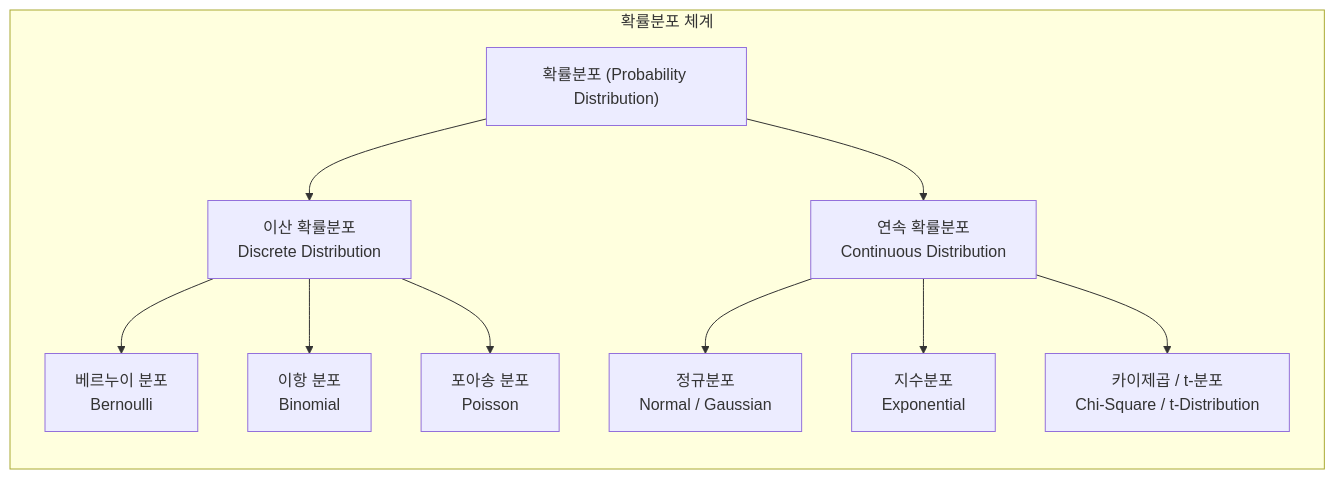
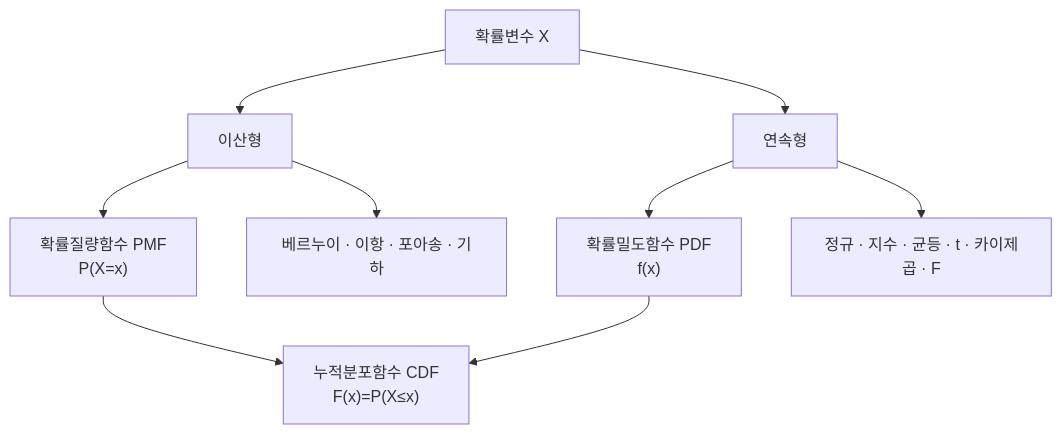
One commit to supremethumb/supremethumb.github.io changed the diagram in content/01_IT Tech/확률분포.md. Above: the diagram before and after it, drawn with Mermaid. The commit also changed other lines of this file and 1087 other files, not shown here.

````diff
--- a/content/01_IT Tech/확률분포.md
+++ b/content/01_IT Tech/확률분포.md
@@ -23,18 +38,11 @@
 ```mermaid
 flowchart TB
-    subgraph "확률분포 체계"
-        direction TB
-        A["확률분포 (Probability Distribution)"] --> B["이산 확률분포<br/>Discrete Distribution"]
-        A --> C["연속 확률분포<br/>Continuous Distribution"]
-        
-        B --> B1["베르누이 분포<br/>Bernoulli"]
-        B --> B2["이항 분포<br/>Binomial"]
-        B --> B3["포아송 분포<br/>Poisson"]
-        
-        C --> C1["정규분포<br/>Normal / Gaussian"]
-        C --> C2["지수분포<br/>Exponential"]
-        C --> C3["카이제곱 / t-분포<br/>Chi-Square / t-Distribution"]
-    end
-
-
+    RV["확률변수 X"] --> D["이산형"]
+    RV --> C["연속형"]
+    D --> PMF["확률질량함수 PMF<br/>P(X=x)"]
+    C --> PDF["확률밀도함수 PDF<br/>f(x)"]
+    PMF --> CDF["누적분포함수 CDF<br/>F(x)=P(X≤x)"]
+    PDF --> CDF
+    D --> DD["베르누이 · 이항 · 포아송 · 기하"]
+    C --> CD["정규 · 지수 · 균등 · t · 카이제곱 · F"]
 ```
````
